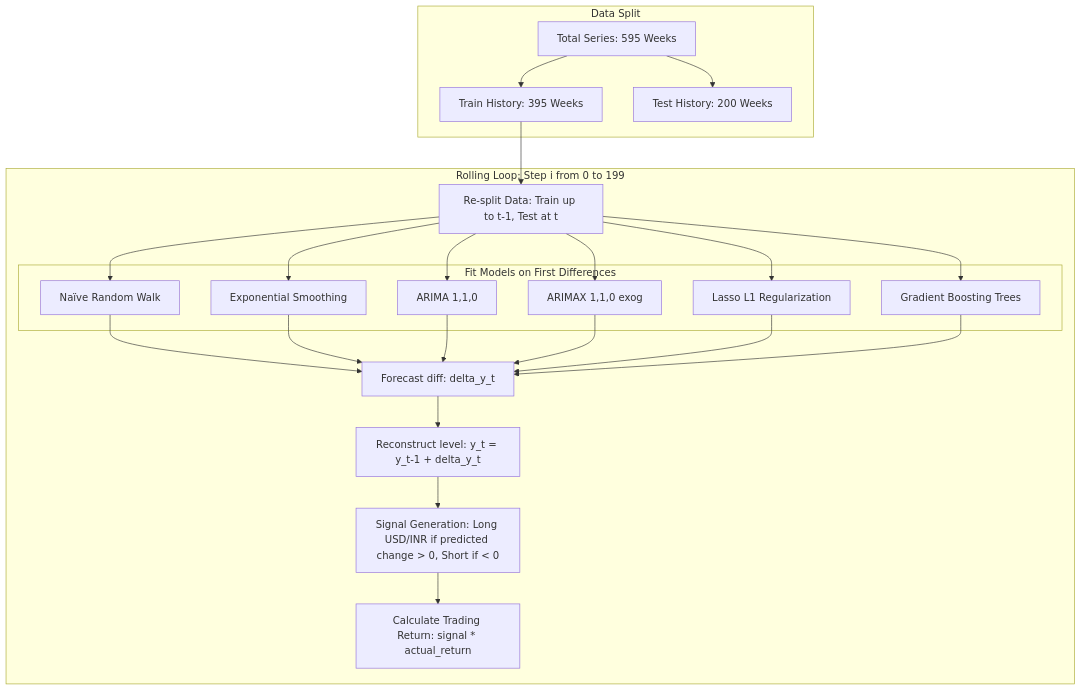
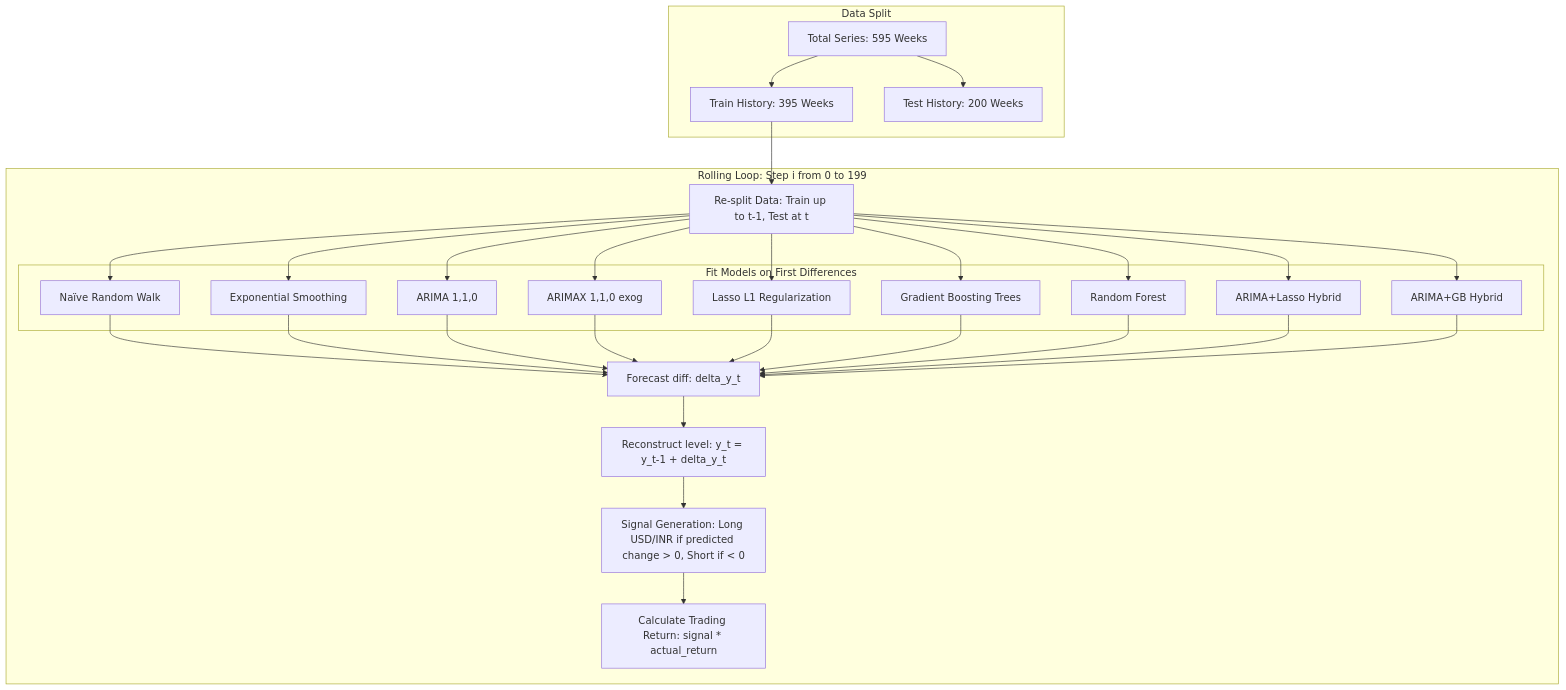
The second of 2 diagrams in Report.md (srishti7103/RupeeRisk), drawn with Mermaid before and after one commit. The commit also changed other lines of this file and 9 other files, not shown here.

Commit message:
Update forecasting notebooks, pipeline, app, and reports to include ARIMA-ML hybrid models

````diff
--- a/Report.md
+++ b/Report.md
@@ -116,32 +116,35 @@
 ```mermaid
 flowchart TD
     subgraph Data Split
         TS[Total Series: 595 Weeks]
         TRAIN[Train History: 395 Weeks]
         TEST[Test History: 200 Weeks]
     end
 
     subgraph Rolling Loop: Step i from 0 to 199
         SPLIT[Re-split Data: Train up to t-1, Test at t]
         
         subgraph Fit Models on First Differences
             M1[Naïve Random Walk]
             M2[Exponential Smoothing]
             M3[ARIMA 1,1,0]
             M4[ARIMAX 1,1,0 exog]
             M5[Lasso L1 Regularization]
             M6[Gradient Boosting Trees]
+            M7[Random Forest]
+            M8[ARIMA+Lasso Hybrid]
+            M9[ARIMA+GB Hybrid]
         end
         
         FORECAST[Forecast diff: delta_y_t]
         RECONSTRUCT[Reconstruct level: y_t = y_t-1 + delta_y_t]
         SIGNAL[Signal Generation: Long USD/INR if predicted change > 0, Short if < 0]
         RETURN[Calculate Trading Return: signal * actual_return]
     end
 
     TS --> TRAIN & TEST
     TRAIN --> SPLIT
-    SPLIT --> M1 & M2 & M3 & M4 & M5 & M6
-    M1 & M2 & M3 & M4 & M5 & M6 --> FORECAST
+    SPLIT --> M1 & M2 & M3 & M4 & M5 & M6 & M7 & M8 & M9
+    M1 & M2 & M3 & M4 & M5 & M6 & M7 & M8 & M9 --> FORECAST
     FORECAST --> RECONSTRUCT --> SIGNAL --> RETURN
 ```
````
